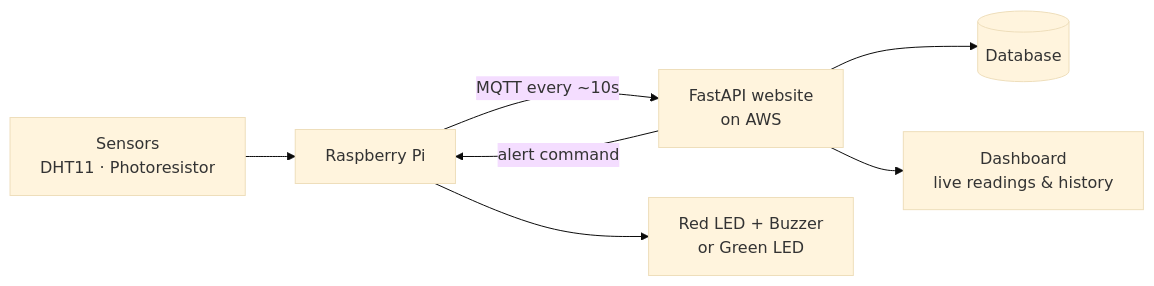
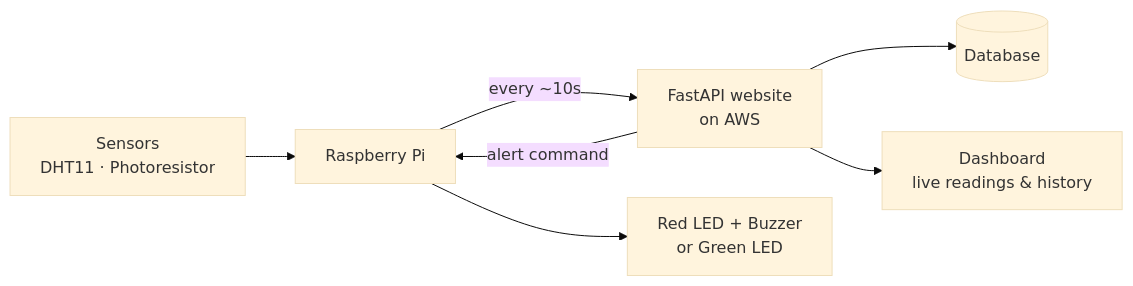
One commit to Aman3125/Plant-monitor changed the diagram in README.md. Above: the diagram before and after it, drawn with Mermaid (base theme).

````diff
--- a/README.md
+++ b/README.md
@@ -31,9 +31,9 @@
 ```mermaid
 flowchart LR
     A[Sensors<br/>DHT11 · Photoresistor] --> B[Raspberry Pi]
-    B -- MQTT every ~10s --> C[FastAPI website<br/>on AWS]
+    B --  every ~10s --> C[FastAPI website<br/>on AWS]
     C --> D[(Database)]
     C -- alert command --> B
     B --> E[Red LED + Buzzer<br/>or Green LED]
     C --> F[Dashboard<br/>live readings & history]
 ```
````
